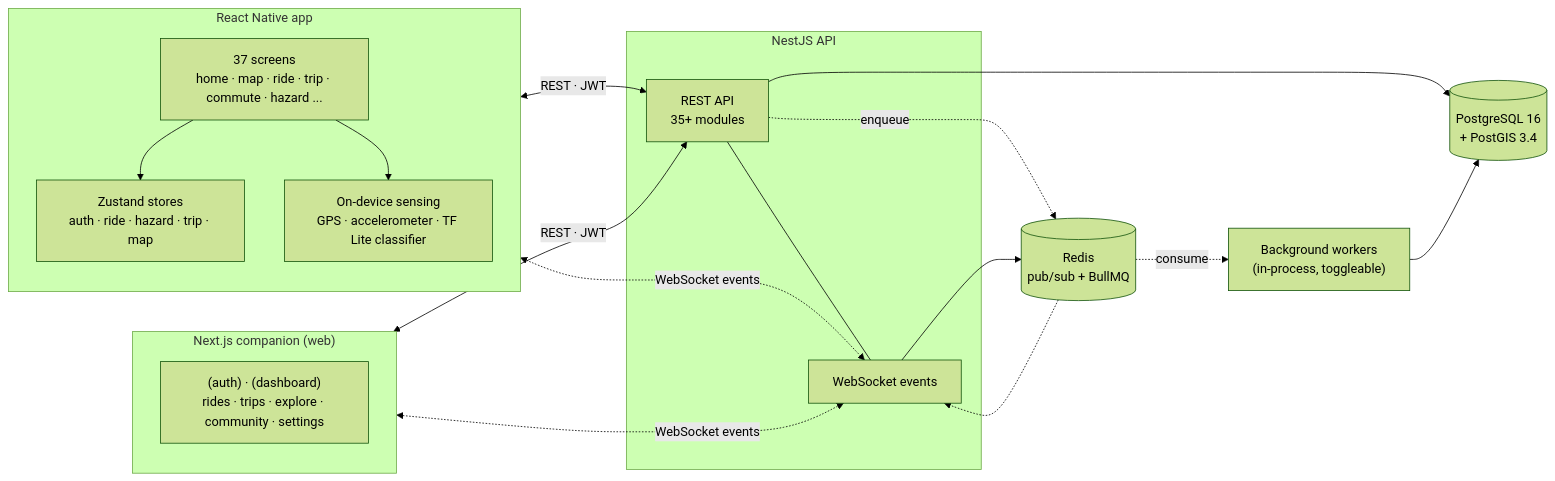
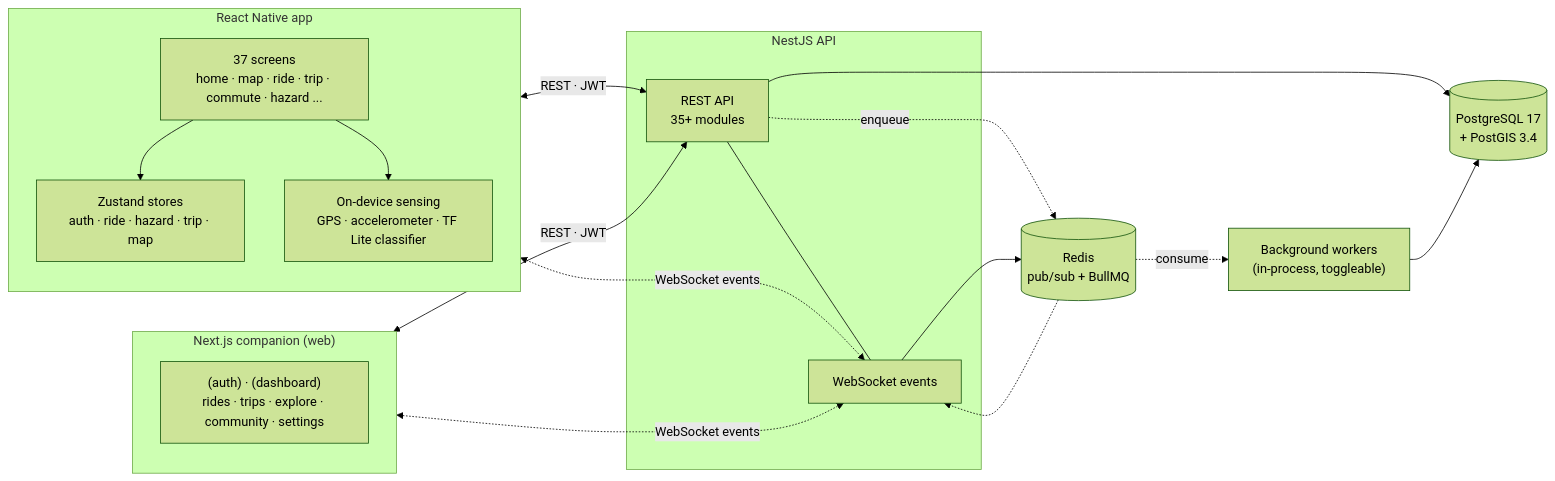
Before and after one commit to Studio81Labs/tarmoto: the diagram in docs/reference/architecture.md, drawn with Mermaid (forest theme). The commit also changed other lines of this file, not shown here.

Commit message:
docs(docs): reconcile pg version and migration mode in architecture doc

````diff
--- a/docs/reference/architecture.md
+++ b/docs/reference/architecture.md
@@ -7,35 +7,35 @@
 ```mermaid
 flowchart LR
   subgraph Mobile["React Native app"]
     Screens["37 screens<br/>home · map · ride · trip · commute · hazard ..."]
     Stores["Zustand stores<br/>auth · ride · hazard · trip · map"]
     Sensor["On-device sensing<br/>GPS · accelerometer · TF Lite classifier"]
     Screens --> Stores
     Screens --> Sensor
   end
 
   subgraph Companion["Next.js companion (web)"]
     AppDir["(auth) · (dashboard)<br/>rides · trips · explore · community · settings"]
   end
 
   subgraph Backend["NestJS API"]
     REST["REST API<br/>35+ modules"]
     WS["WebSocket events"]
     REST --- WS
   end
 
-  PG[("PostgreSQL 16<br/>+ PostGIS 3.4")]
+  PG[("PostgreSQL 17<br/>+ PostGIS 3.4")]
   Redis[("Redis<br/>pub/sub + BullMQ")]
   Jobs["Background workers<br/>(in-process, toggleable)"]
 
   Mobile <-->|REST · JWT| REST
   Companion <-->|REST · JWT| REST
   Mobile <-.->|WebSocket events| WS
   Companion <-.->|WebSocket events| WS
   REST --> PG
   REST -.->|enqueue| Redis
   WS --> Redis
   Redis -.-> WS
   Redis -.->|consume| Jobs
   Jobs --> PG
 ```
````
